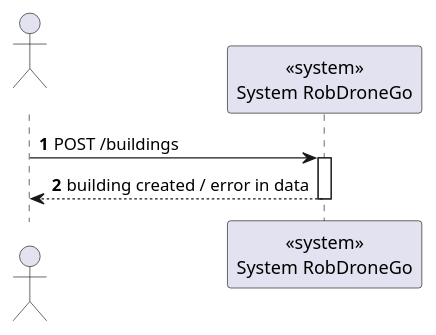
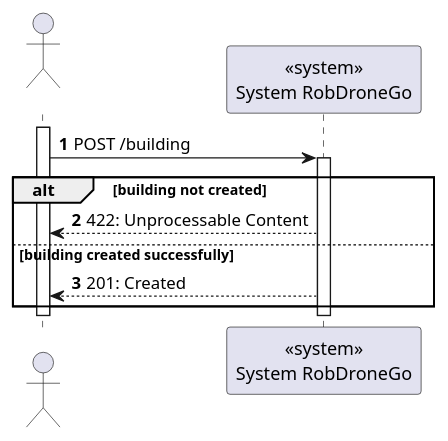
One commit to Departamento-de-Engenharia-Informatica/lapr5-23-24-g19 changed the diagram in docs/us150/level1/process_view.puml. Above: the diagram before and after it, drawn with PlantUML. The commit also changed 10 other files, not shown here.

Commit message:
docs(us150): updated lvl1,lvl2,lvl 3 process views and created lvl3 class diagram

```diff
--- a/docs/us150/level1/process_view.puml
+++ b/docs/us150/level1/process_view.puml
@@ -1,14 +1,20 @@
 @startuml
 autonumber
 
 actor " " as actor
 participant "<<system>>\nSystem RobDroneGo" as sys
 
-actor -> sys: POST /buildings
+activate actor
+    actor -> sys: POST /building
 
-activate sys
-sys --> actor : building created / error in data
-deactivate sys
+    activate sys
+    alt building not created
+        sys --> actor : 422: Unprocessable Content
+    else building created successfully
+        sys --> actor : 201: Created
+    end
+    deactivate sys
+deactivate actor
 
 
 @enduml
```
